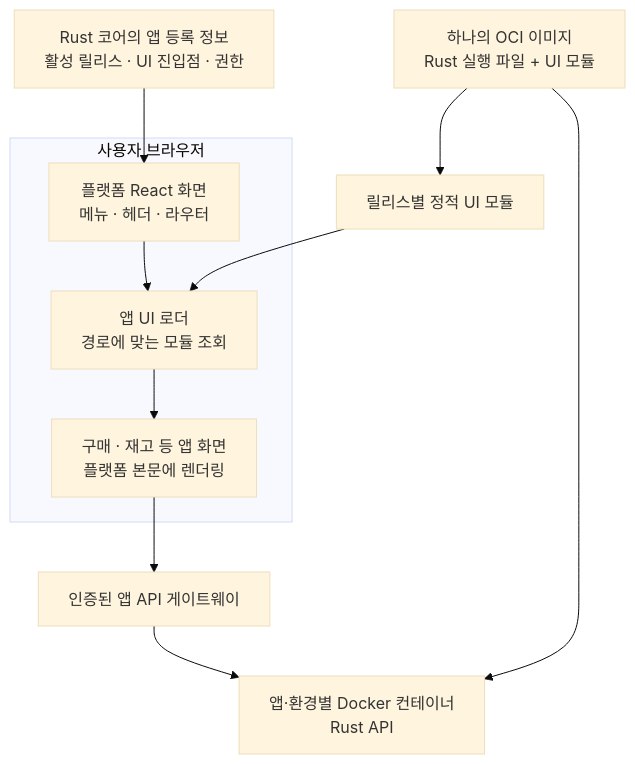
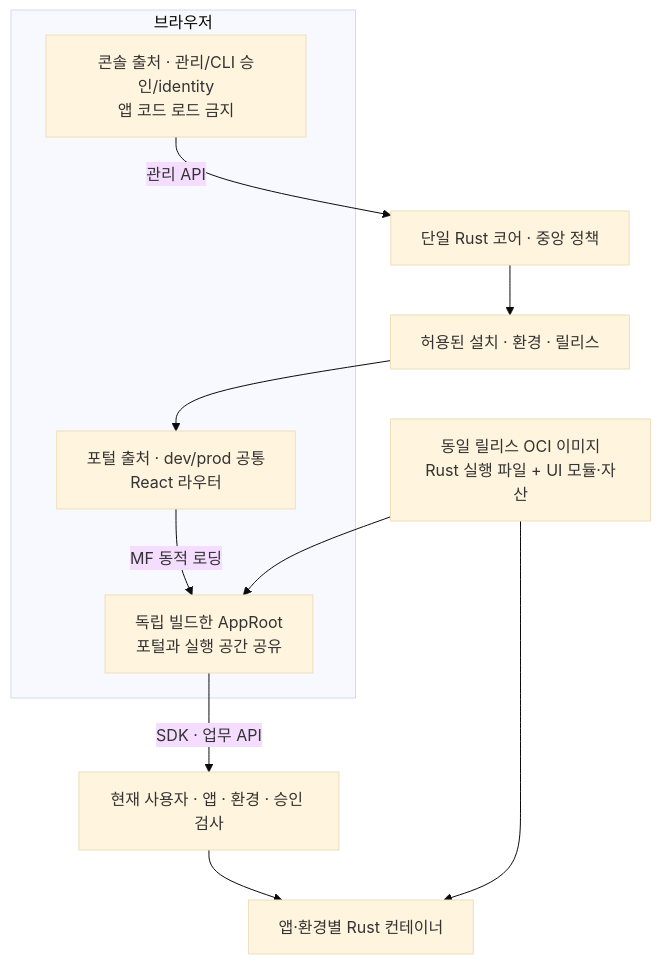
The diagram in docs/FRONTEND.md (hurxxxx/miy-v2), drawn with Mermaid (base theme) before and after one commit. The commit also changed other lines of this file and 132 other files, not shown here.

````diff
--- a/docs/FRONTEND.md
+++ b/docs/FRONTEND.md
@@ -92,13 +95,16 @@
 ```mermaid
 flowchart TB
-  Registry["Rust 코어의 앱 등록 정보<br/>활성 릴리스 · UI 진입점 · 권한"] --> Shell
-  subgraph Browser["사용자 브라우저"]
-    Shell["플랫폼 React 화면<br/>메뉴 · 헤더 · 라우터"] --> Loader["앱 UI 로더<br/>경로에 맞는 모듈 조회"]
-    Loader --> View["구매 · 재고 등 앱 화면<br/>플랫폼 본문에 렌더링"]
+  Core["단일 Rust 코어 · 중앙 정책"] --> Registry["허용된 설치 · 환경 · 릴리스"]
+  subgraph Browser["브라우저"]
+    Management["콘솔 출처 · 관리/CLI 승인/identity<br/>앱 코드 로드 금지"]
+    Portal["포털 출처 · dev/prod 공통<br/>React 라우터"]
+    AppModule["독립 빌드한 AppRoot<br/>포털과 실행 공간 공유"]
+    Portal -->|"MF 동적 로딩"| AppModule
   end
-  Assets["릴리스별 정적 UI 모듈"] --> Loader
-  View --> Gateway["인증된 앱 API 게이트웨이"]
-  Gateway --> App["앱·환경별 Docker 컨테이너<br/>Rust API"]
-  Release["하나의 OCI 이미지<br/>Rust 실행 파일 + UI 모듈"] --> App
-  Release --> Assets
+  Registry --> Portal
+  Management -->|"관리 API"| Core
+  AppModule -->|"SDK · 업무 API"| Gateway["현재 사용자 · 앱 · 환경 · 승인 검사"]
+  Gateway --> Backend["앱·환경별 Rust 컨테이너"]
+  Release["동일 릴리스 OCI 이미지<br/>Rust 실행 파일 + UI 모듈·자산"] --> Backend
+  Release --> AppModule
 ```
````
